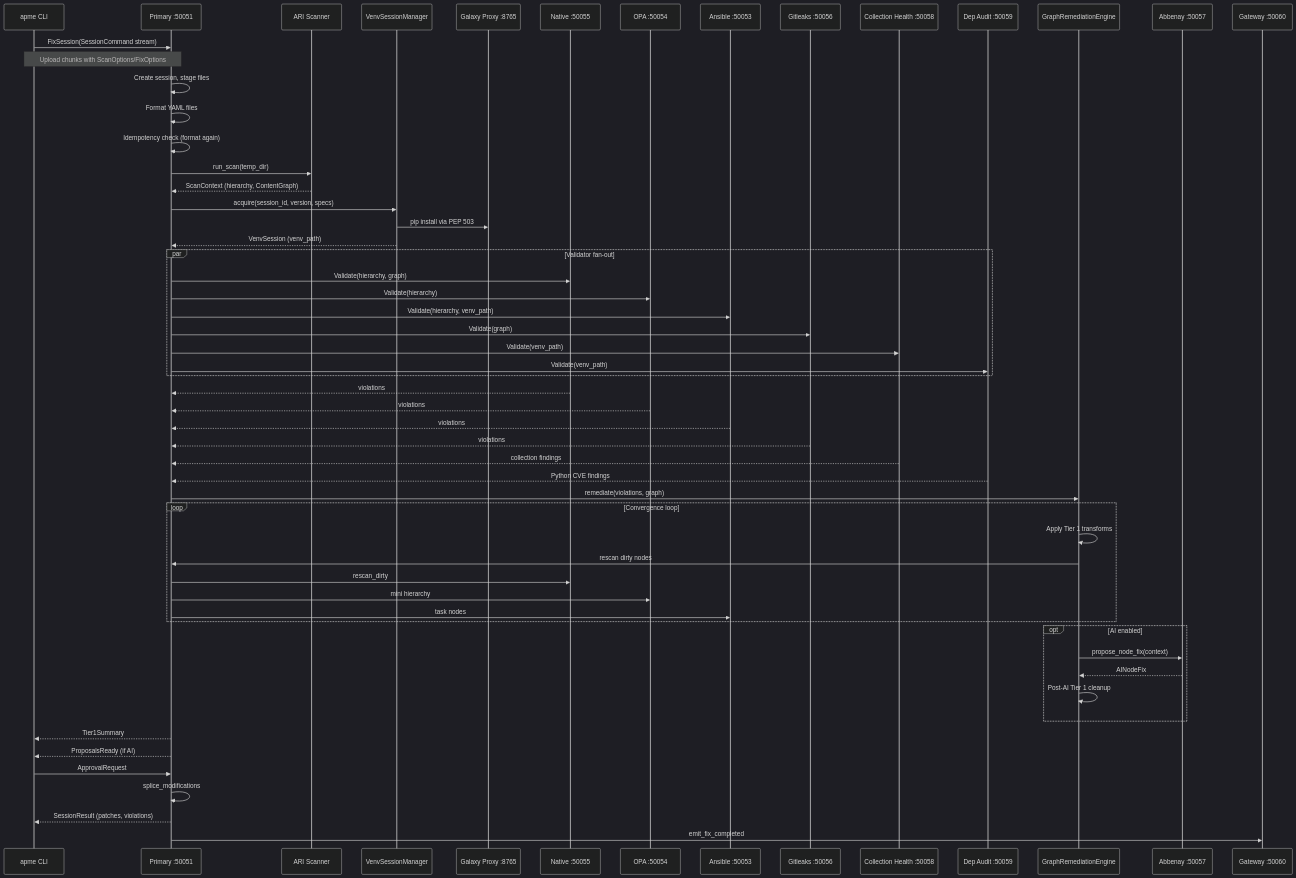
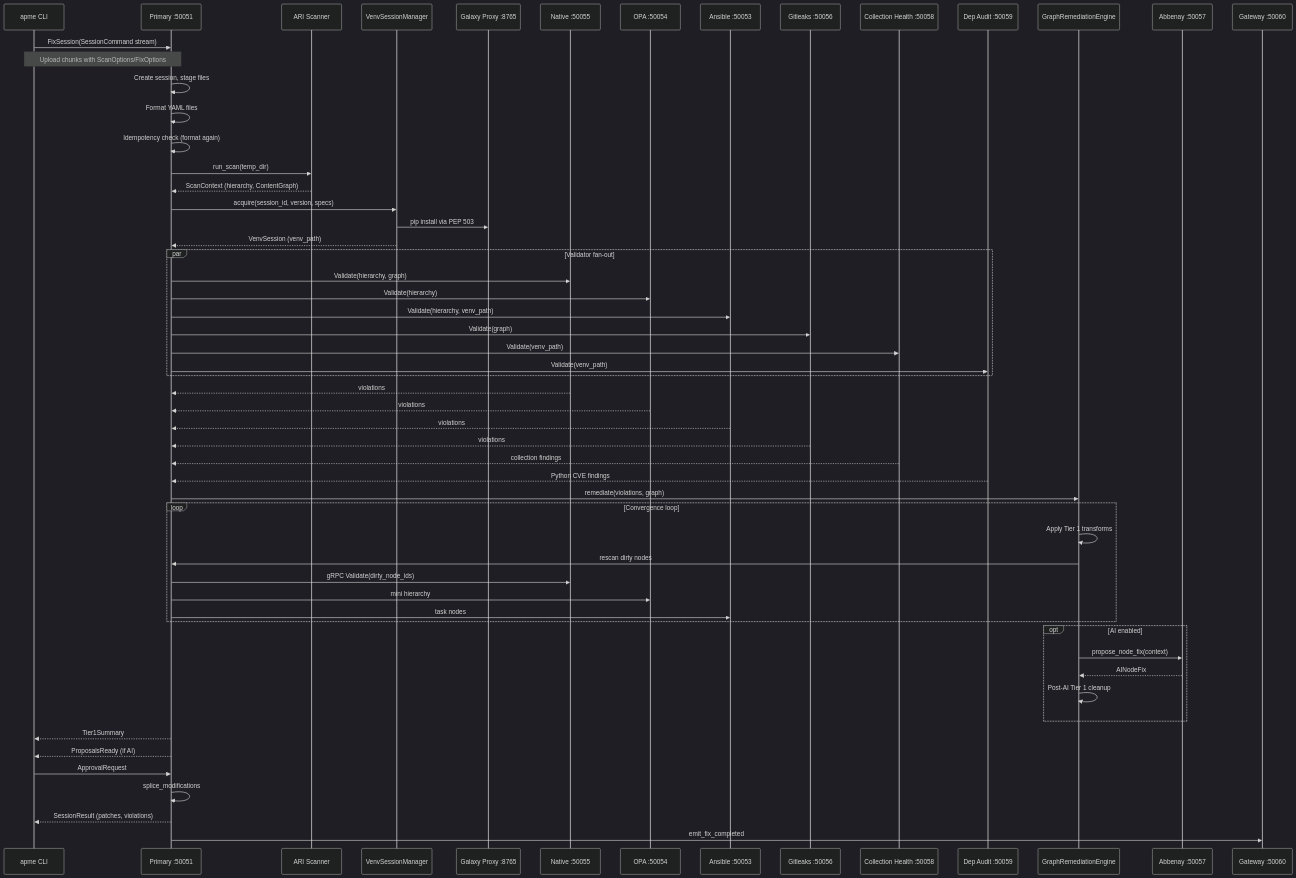
One commit to djdanielsson/apme changed the diagram in docs/architecture/00-overview.md. Above: the diagram before and after it, drawn with Mermaid (dark theme). The commit also changed 14 other files, not shown here.

First line of the commit message:
refactor(daemon): route native rescan through gRPC during remediation (#387)

````diff
--- a/docs/architecture/00-overview.md
+++ b/docs/architecture/00-overview.md
@@ -14,70 +14,70 @@
 ```mermaid
 sequenceDiagram
     participant CLI as apme CLI
     participant Primary as Primary :50051
     participant Engine as ARI Scanner
     participant Venv as VenvSessionManager
     participant Galaxy as Galaxy Proxy :8765
     participant Native as Native :50055
     participant OPA as OPA :50054
     participant Ansible as Ansible :50053
     participant Gitleaks as Gitleaks :50056
     participant CollHealth as Collection Health :50058
     participant DepAudit as Dep Audit :50059
     participant Remediation as GraphRemediationEngine
     participant AI as Abbenay :50057
     participant Gateway as Gateway :50060
 
     CLI->>Primary: FixSession(SessionCommand stream)
     Note over CLI,Primary: Upload chunks with ScanOptions/FixOptions
 
     Primary->>Primary: Create session, stage files
 
     Primary->>Primary: Format YAML files
     Primary->>Primary: Idempotency check (format again)
 
     Primary->>Engine: run_scan(temp_dir)
     Engine-->>Primary: ScanContext (hierarchy, ContentGraph)
 
     Primary->>Venv: acquire(session_id, version, specs)
     Venv->>Galaxy: pip install via PEP 503
     Venv-->>Primary: VenvSession (venv_path)
 
     par Validator fan-out
         Primary->>Native: Validate(hierarchy, graph)
         Primary->>OPA: Validate(hierarchy)
         Primary->>Ansible: Validate(hierarchy, venv_path)
         Primary->>Gitleaks: Validate(graph)
         Primary->>CollHealth: Validate(venv_path)
         Primary->>DepAudit: Validate(venv_path)
     end
     Native-->>Primary: violations
     OPA-->>Primary: violations
     Ansible-->>Primary: violations
     Gitleaks-->>Primary: violations
     CollHealth-->>Primary: collection findings
     DepAudit-->>Primary: Python CVE findings
 
     Primary->>Remediation: remediate(violations, graph)
     loop Convergence loop
         Remediation->>Remediation: Apply Tier 1 transforms
         Remediation->>Primary: rescan dirty nodes
-        Primary->>Native: rescan_dirty
+        Primary->>Native: gRPC Validate(dirty_node_ids)
         Primary->>OPA: mini hierarchy
         Primary->>Ansible: task nodes
     end
 
     opt AI enabled
         Remediation->>AI: propose_node_fix(context)
         AI-->>Remediation: AINodeFix
         Remediation->>Remediation: Post-AI Tier 1 cleanup
     end
 
     Primary-->>CLI: Tier1Summary
     Primary-->>CLI: ProposalsReady (if AI)
     CLI->>Primary: ApprovalRequest
 
     Primary->>Primary: splice_modifications
     Primary-->>CLI: SessionResult (patches, violations)
     Primary->>Gateway: emit_fix_completed
 ```
````
